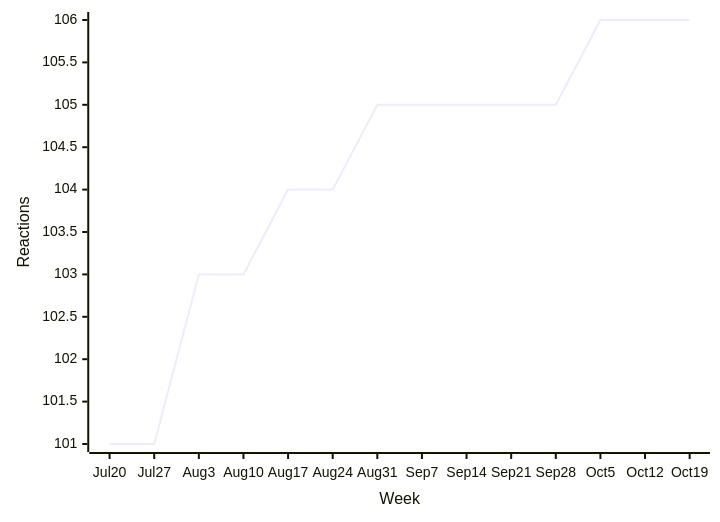
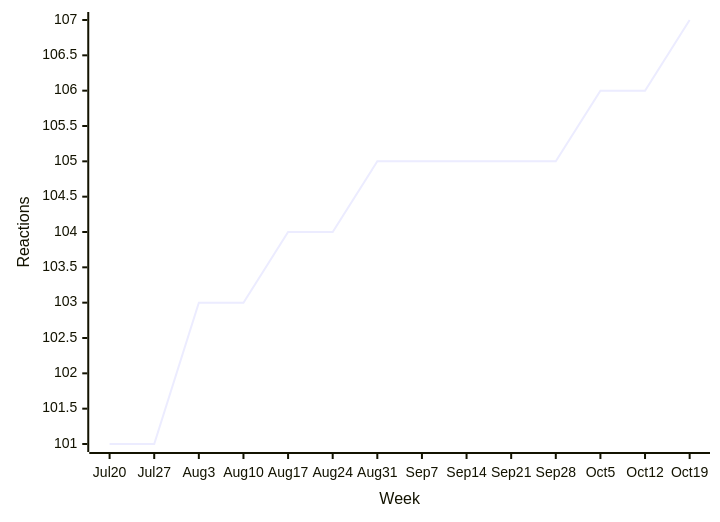
Diagram 33 of 39 in README.md (loic-sharma/github-insights), drawn with Mermaid before and after one commit. The commit also changed other lines of this file and 2 other files, not shown here.

````diff
--- a/README.md
+++ b/README.md
@@ -868,6 +868,6 @@
   ```mermaid
   xychart-beta
     x-axis "Week" [Jul 20, Jul 27, Aug 3, Aug 10, Aug 17, Aug 24, Aug 31, Sep 7, Sep 14, Sep 21, Sep 28, Oct 5, Oct 12, Oct 19]
     y-axis "Reactions"
-    line [101, 101, 103, 103, 104, 104, 105, 105, 105, 105, 105, 106, 106, 106]
+    line [101, 101, 103, 103, 104, 104, 105, 105, 105, 105, 105, 106, 106, 107]
   ```
````
